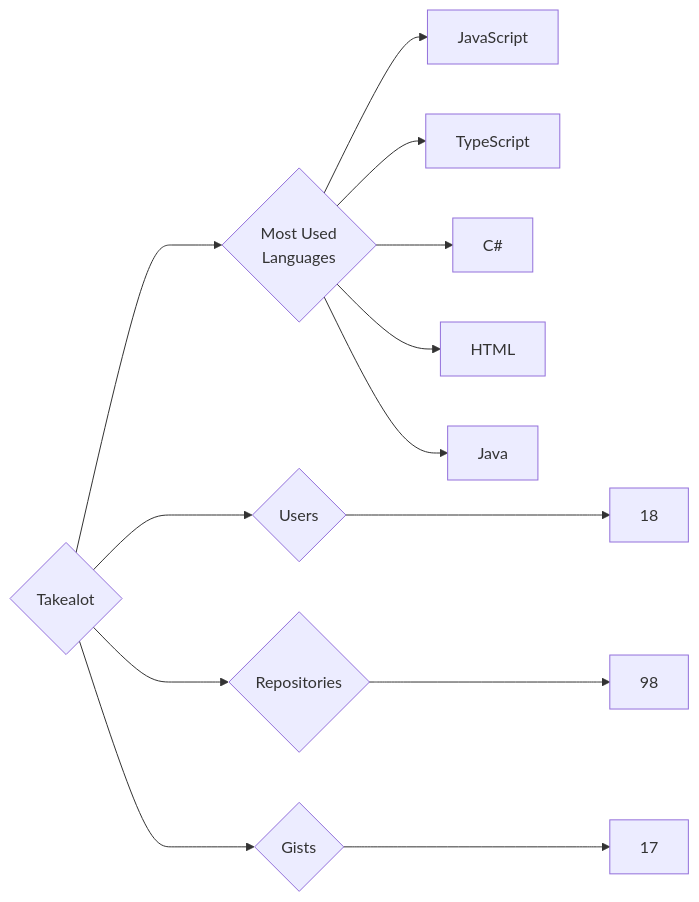
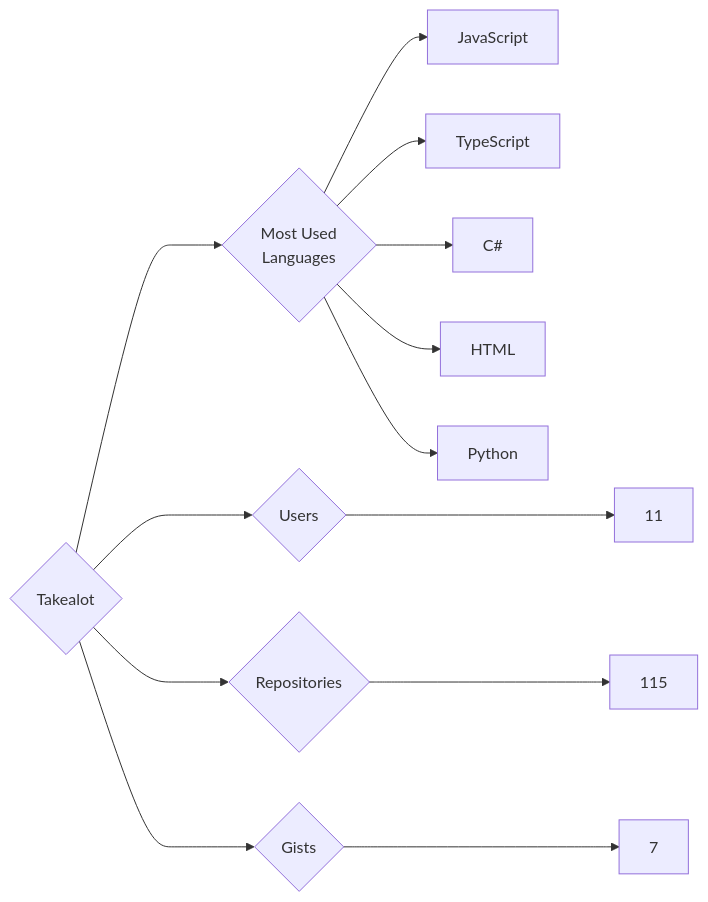
One commit to trickest/insiders changed the diagram in targets/Takealot/README.md. Above: the diagram before and after it, drawn with Mermaid. The commit also changed 877 other files, not shown here.

````diff
--- a/targets/Takealot/README.md
+++ b/targets/Takealot/README.md
@@ -3,13 +3,13 @@
 ```mermaid
 graph LR
 COMPANY_NAME{Takealot}
-COMPANY_NAME ---> U{Users} ---> UN[18]
-COMPANY_NAME ---> R{Repositories} ---> RN[98]
-COMPANY_NAME ---> G{Gists} ---> GN[17]
+COMPANY_NAME ---> U{Users} ---> UN[11]
+COMPANY_NAME ---> R{Repositories} ---> RN[115]
+COMPANY_NAME ---> G{Gists} ---> GN[7]
 COMPANY_NAME ---> ML{Most Used<br>Languages}
 ML --> JavaScript[JavaScript]
 ML --> TypeScript[TypeScript]
 ML --> C#[C#]
 ML --> HTML[HTML]
-ML --> Java[Java]
+ML --> Python[Python]
 ```
````
